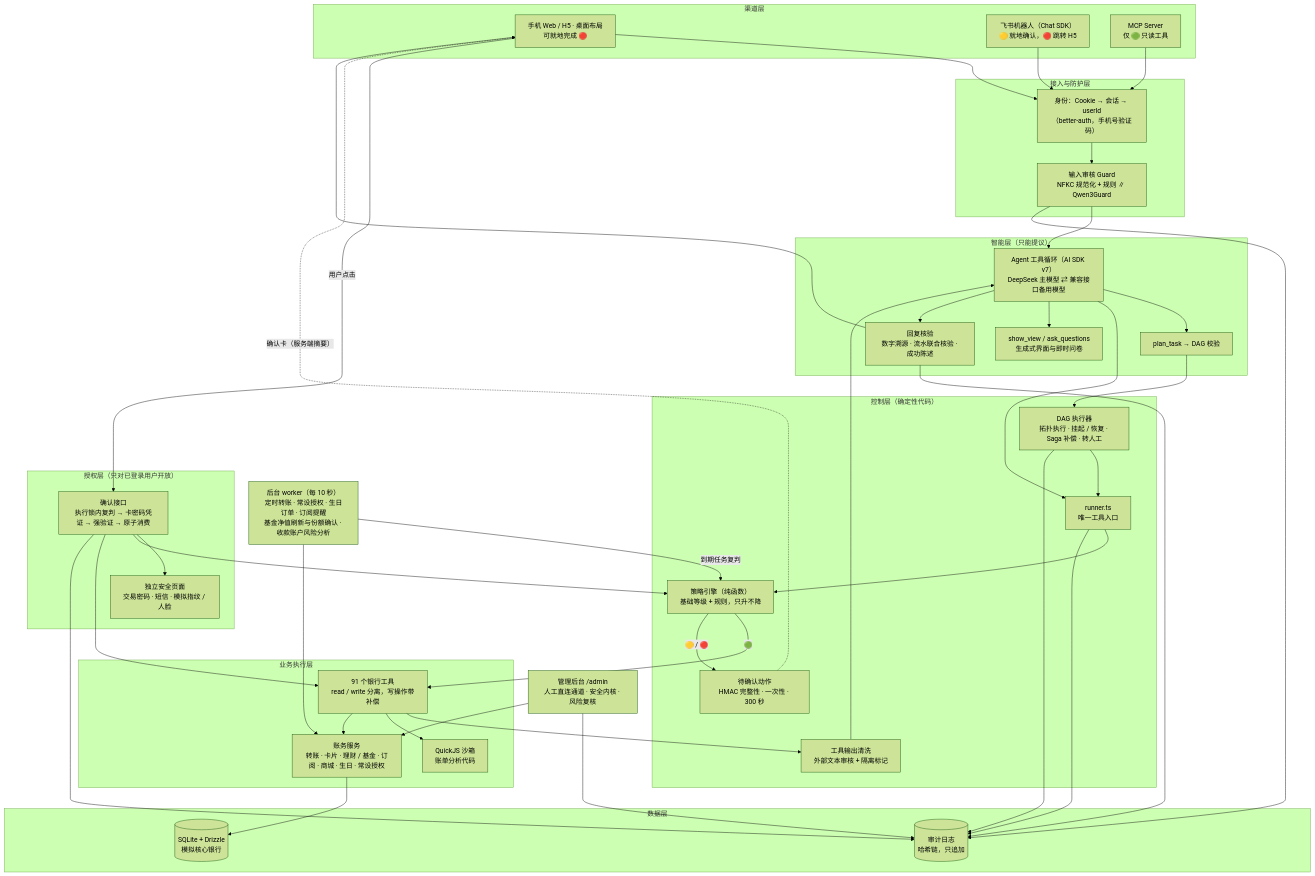
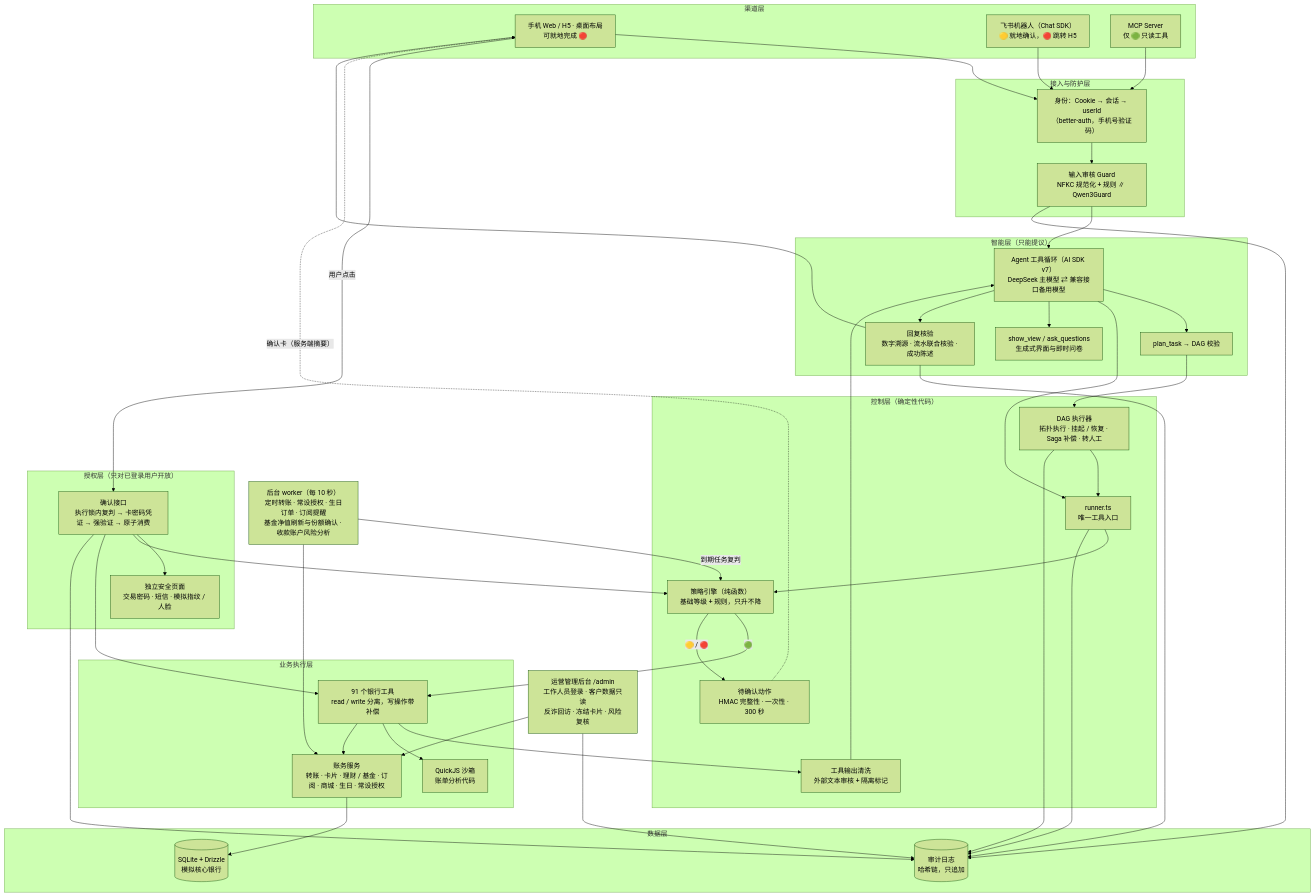
Before and after one commit to MTKD0/wencai_agent: the first of 3 diagrams in docs/ARCHITECTURE.md, drawn with Mermaid (forest theme). The commit also changed other lines of this file and 2 other files, not shown here.

Commit message:
文档校对：架构图后台描述、核验证据范围、测试清单与风险清单进度

````diff
--- a/docs/ARCHITECTURE.md
+++ b/docs/ARCHITECTURE.md
@@ -25,67 +25,67 @@
 ```mermaid
 flowchart TB
   subgraph CH["渠道层"]
     WEB["手机 Web / H5 · 桌面布局<br/>可就地完成 🔴"]
     LARK["飞书机器人（Chat SDK）<br/>🟡 就地确认，🔴 跳转 H5"]
     MCP["MCP Server<br/>仅 🟢 只读工具"]
   end
 
   subgraph GW["接入与防护层"]
     AUTH["身份：Cookie → 会话 → userId<br/>（better-auth，手机号验证码）"]
     GUARD["输入审核 Guard<br/>NFKC 规范化 + 规则 ∥ Qwen3Guard"]
   end
 
   subgraph AG["智能层（只能提议）"]
     LLM["Agent 工具循环（AI SDK v7）<br/>DeepSeek 主模型 ⇄ 兼容接口备用模型"]
     PLAN["plan_task → DAG 校验"]
     UI["show_view / ask_questions<br/>生成式界面与即时问卷"]
     VERIFY["回复核验<br/>数字溯源 · 流水联合核验 · 成功陈述"]
   end
 
   subgraph CTRL["控制层（确定性代码）"]
     RUNNER["runner.ts<br/>唯一工具入口"]
     POLICY["策略引擎（纯函数）<br/>基础等级 + 规则，只升不降"]
     PENDING["待确认动作<br/>HMAC 完整性 · 一次性 · 300 秒"]
     EXEC["DAG 执行器<br/>拓扑执行 · 挂起 / 恢复 · Saga 补偿 · 转人工"]
     SANITIZE["工具输出清洗<br/>外部文本审核 + 隔离标记"]
   end
 
   subgraph SEC["授权层（只对已登录用户开放）"]
     CONFIRM["确认接口<br/>执行锁内复判 → 卡密码凭证 → 强验证 → 原子消费"]
     SECPAGE["独立安全页面<br/>交易密码 · 短信 · 模拟指纹 / 人脸"]
   end
 
   subgraph BIZ["业务执行层"]
     TOOLS["91 个银行工具<br/>read / write 分离，写操作带补偿"]
     SVC["账务服务<br/>转账 · 卡片 · 理财 / 基金 · 订阅 · 商城 · 生日 · 常设授权"]
     SANDBOX["QuickJS 沙箱<br/>账单分析代码"]
   end
 
   subgraph DATA["数据层"]
     DB[("SQLite + Drizzle<br/>模拟核心银行")]
     AUDIT[("审计日志<br/>哈希链，只追加")]
   end
 
   WORKER["后台 worker（每 10 秒）<br/>定时转账 · 常设授权 · 生日订单 · 订阅提醒<br/>基金净值刷新与份额确认 · 收款账户风险分析"]
-  ADMIN["管理后台 /admin<br/>人工直连通道 · 安全内核 · 风险复核"]
+  ADMIN["运营管理后台 /admin<br/>工作人员登录 · 客户数据只读<br/>反诈回访 · 冻结卡片 · 风险复核"]
 
   WEB & LARK & MCP --> AUTH --> GUARD --> LLM
   LLM --> PLAN --> EXEC --> RUNNER
   LLM --> RUNNER
   LLM --> UI
   LLM --> VERIFY --> WEB
   RUNNER --> POLICY
   POLICY -- "🟢" --> TOOLS
   POLICY -- "🟡 / 🔴" --> PENDING
   TOOLS --> SANITIZE --> LLM
   TOOLS --> SANDBOX
   PENDING -. "确认卡（服务端摘要）" .-> WEB
   WEB -- "用户点击" --> CONFIRM
   CONFIRM --> SECPAGE
   CONFIRM --> POLICY
   CONFIRM --> TOOLS --> SVC --> DB
   WORKER -- "到期任务复判" --> POLICY
   WORKER --> SVC
   ADMIN --> SVC
   RUNNER & CONFIRM & EXEC & GUARD & VERIFY & ADMIN --> AUDIT
 ```
````
